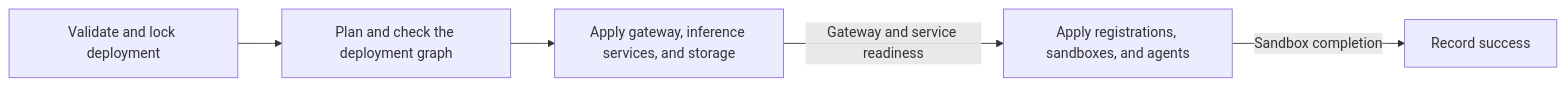
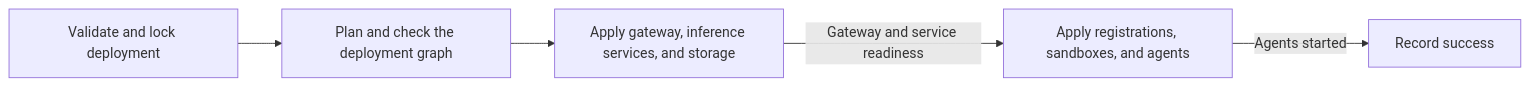
Before and after one commit to Adr1an04/NemoClaw: the diagram in docs/design/architecture.md, drawn with Mermaid. The commit also changed other lines of this file and 122 other files, not shown here.

````diff
--- a/docs/design/architecture.md
+++ b/docs/design/architecture.md
@@ -188,7 +186,7 @@
 ```mermaid
 flowchart LR
     Validate[Validate and lock deployment] --> Plan[Plan and check the deployment graph]
     Plan --> Runtime[Apply gateway, inference services, and storage]
     Runtime -->|Gateway and service readiness| Shell[Apply registrations, sandboxes, and agents]
-    Shell -->|Sandbox completion| Done[Record success]
+    Shell -->|Agents started| Done[Record success]
 ```
````
